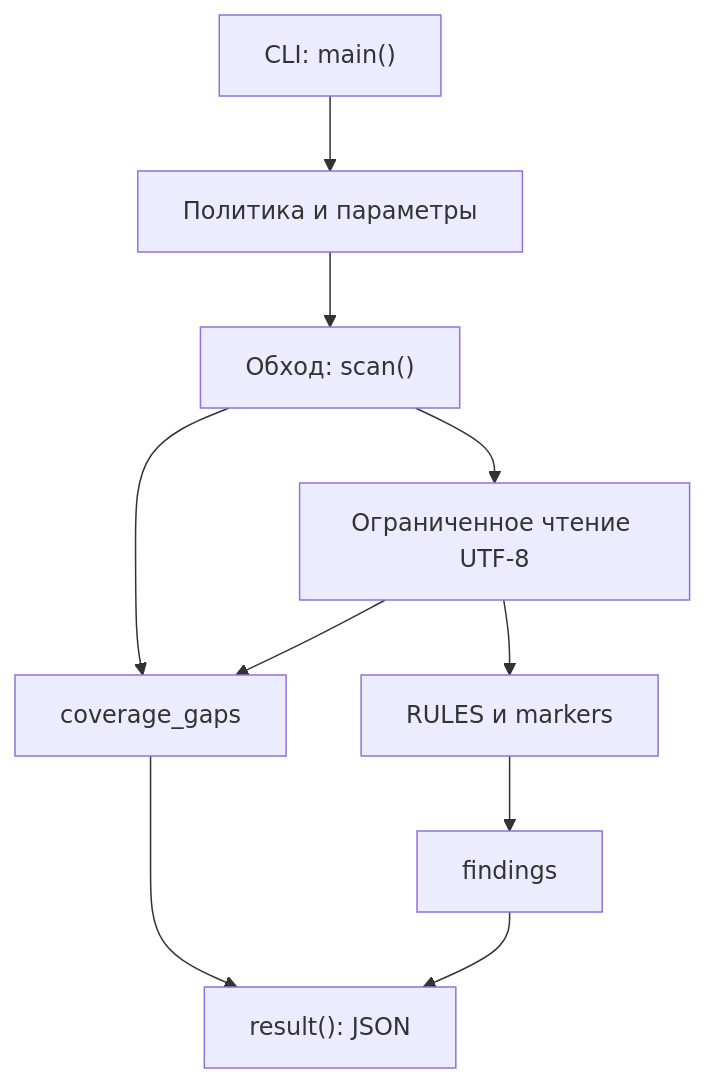
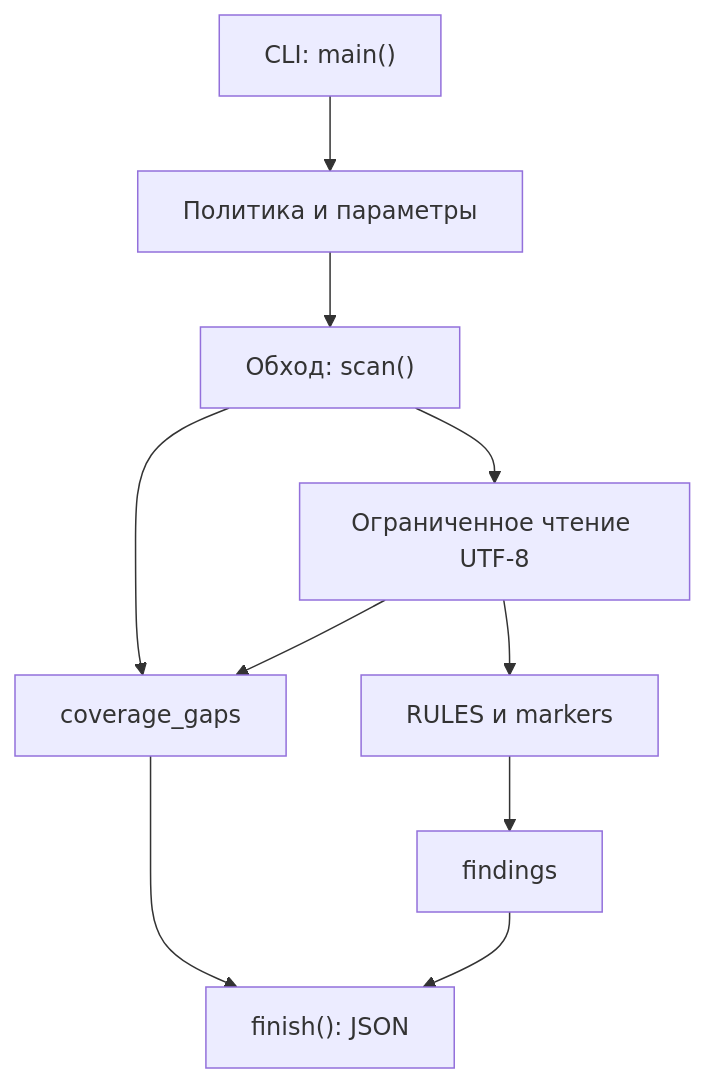
The diagram in docs/ru/architecture.md (mejustbox-byte/publication-opsec-guard), drawn with Mermaid before and after one commit. The commit also changed other lines of this file and 30 other files, not shown here.

````diff
--- a/docs/ru/architecture.md
+++ b/docs/ru/architecture.md
@@ -5,12 +5,12 @@
 ```mermaid
 flowchart TD
     A["CLI: main()"] --> B["Политика и параметры"]
     B --> C["Обход: scan()"]
     C --> D["Ограниченное чтение UTF-8"]
     D --> E["RULES и markers"]
     C --> F["coverage_gaps"]
     D --> F
     E --> G["findings"]
-    F --> H["result(): JSON"]
+    F --> H["finish(): JSON"]
     G --> H
 ```
````
